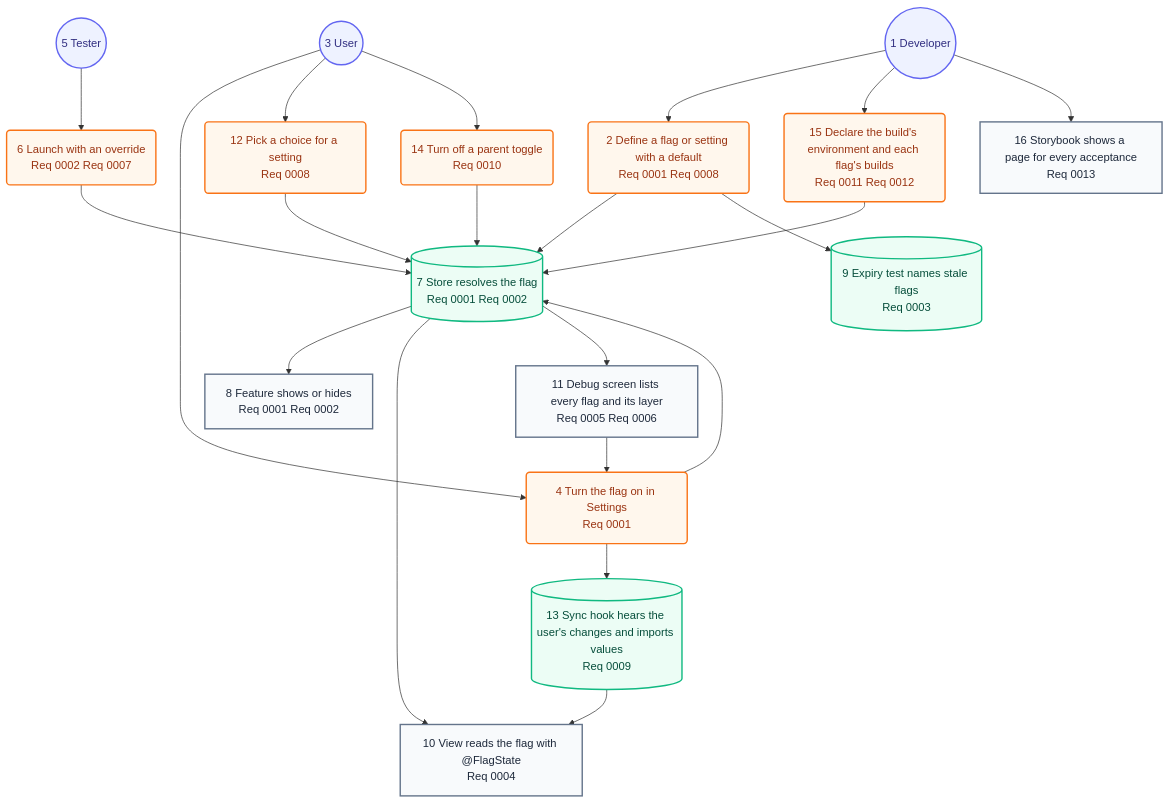
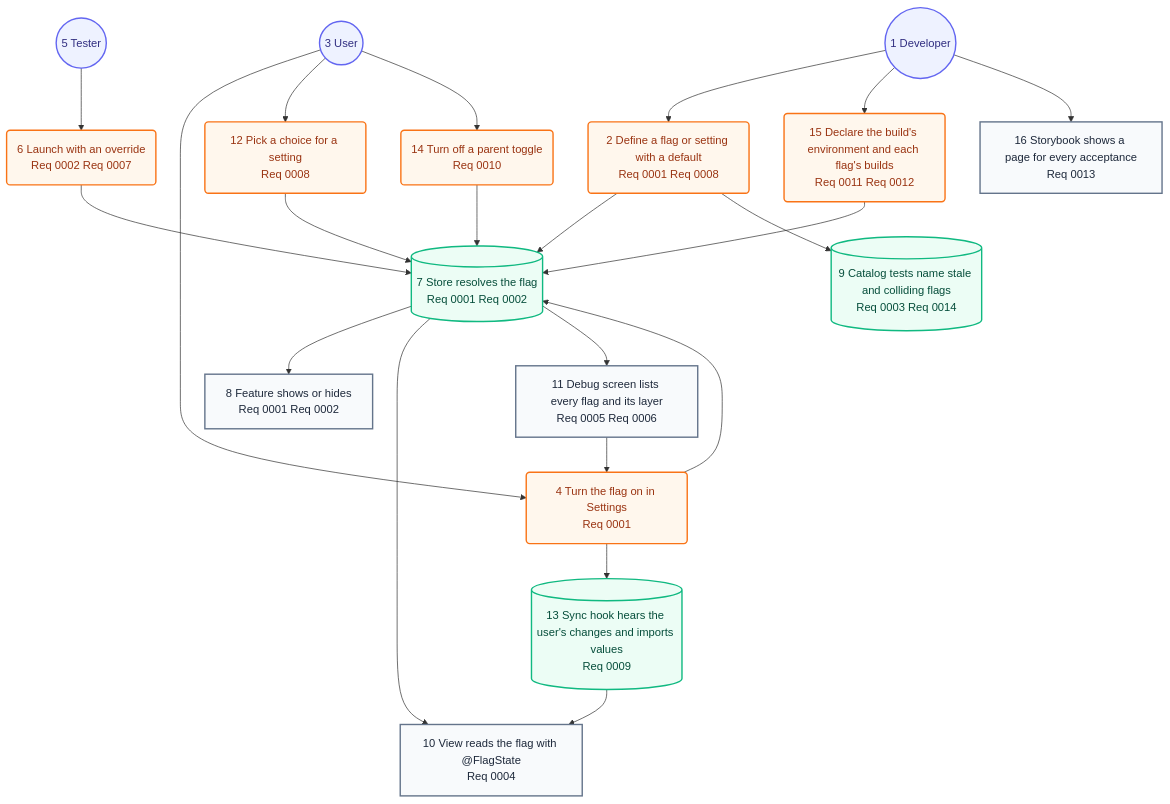
Before and after one commit to may-journal/feature-flag-kit: the second of 2 diagrams in docs/architecture/05-user-journey.md, drawn with Mermaid. The commit also changed other lines of this file and 7 other files, not shown here.

First line of the commit message:
feat(core): name the flags that collide in a catalog (#35)

````diff
--- a/docs/architecture/05-user-journey.md
+++ b/docs/architecture/05-user-journey.md
@@ -31,45 +31,45 @@
 ```mermaid
 flowchart TB
     developer((1 Developer)):::persona
     define(2 Define a flag or setting with a default<br/>Req 0001 Req 0008):::action
     user((3 User)):::persona
     toggle(4 Turn the flag on in Settings<br/>Req 0001):::action
     tester((5 Tester)):::persona
     launch(6 Launch with an override<br/>Req 0002 Req 0007):::action
     resolve[(7 Store resolves the flag<br/>Req 0001 Req 0002)]:::system
     feature[8 Feature shows or hides<br/>Req 0001 Req 0002]:::screen
-    expiry[(9 Expiry test names stale flags<br/>Req 0003)]:::system
+    expiry[(9 Catalog tests name stale and colliding flags<br/>Req 0003 Req 0014)]:::system
     view[10 View reads the flag with @FlagState<br/>Req 0004]:::screen
     debug[11 Debug screen lists every flag and its layer<br/>Req 0005 Req 0006]:::screen
     choose(12 Pick a choice for a setting<br/>Req 0008):::action
     sync[(13 Sync hook hears the user's changes and imports values<br/>Req 0009)]:::system
     group(14 Turn off a parent toggle<br/>Req 0010):::action
     environment(15 Declare the build's environment and each flag's builds<br/>Req 0011 Req 0012):::action
     storybook[16 Storybook shows a page for every acceptance<br/>Req 0013]:::screen
 
     developer --> define
     user --> toggle
     tester --> launch
     define --> resolve
     toggle --> resolve
     launch --> resolve
     resolve --> feature
     define --> expiry
     resolve --> view
     resolve --> debug
     debug --> toggle
     user --> choose
     choose --> resolve
     toggle --> sync
     sync --> view
     user --> group
     group --> resolve
     developer --> environment
     environment --> resolve
     developer --> storybook
 
     classDef persona fill:#eef2ff,stroke:#6366f1,color:#312e81,stroke-width:2px
     classDef screen fill:#f8fafc,stroke:#64748b,color:#1e293b,stroke-width:2px
     classDef action fill:#fff7ed,stroke:#f97316,color:#9a3412,stroke-width:2px
     classDef system fill:#ecfdf5,stroke:#10b981,color:#064e3b,stroke-width:2px
 ```
````
